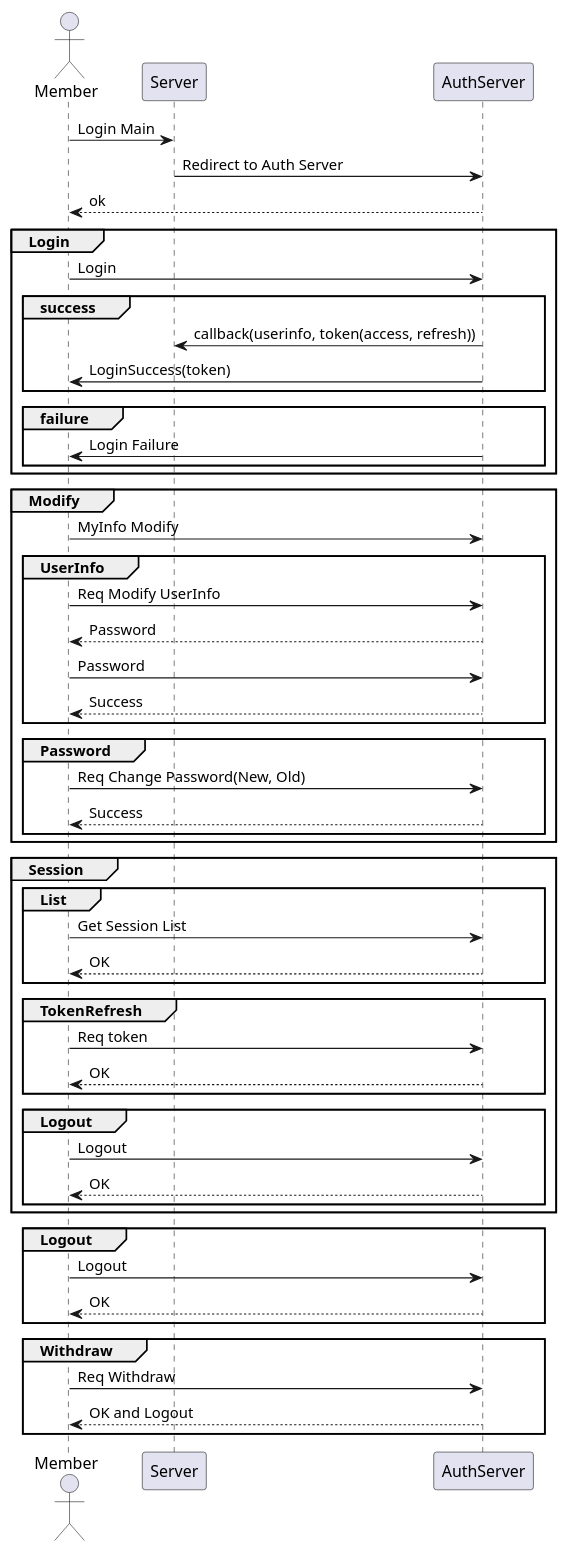
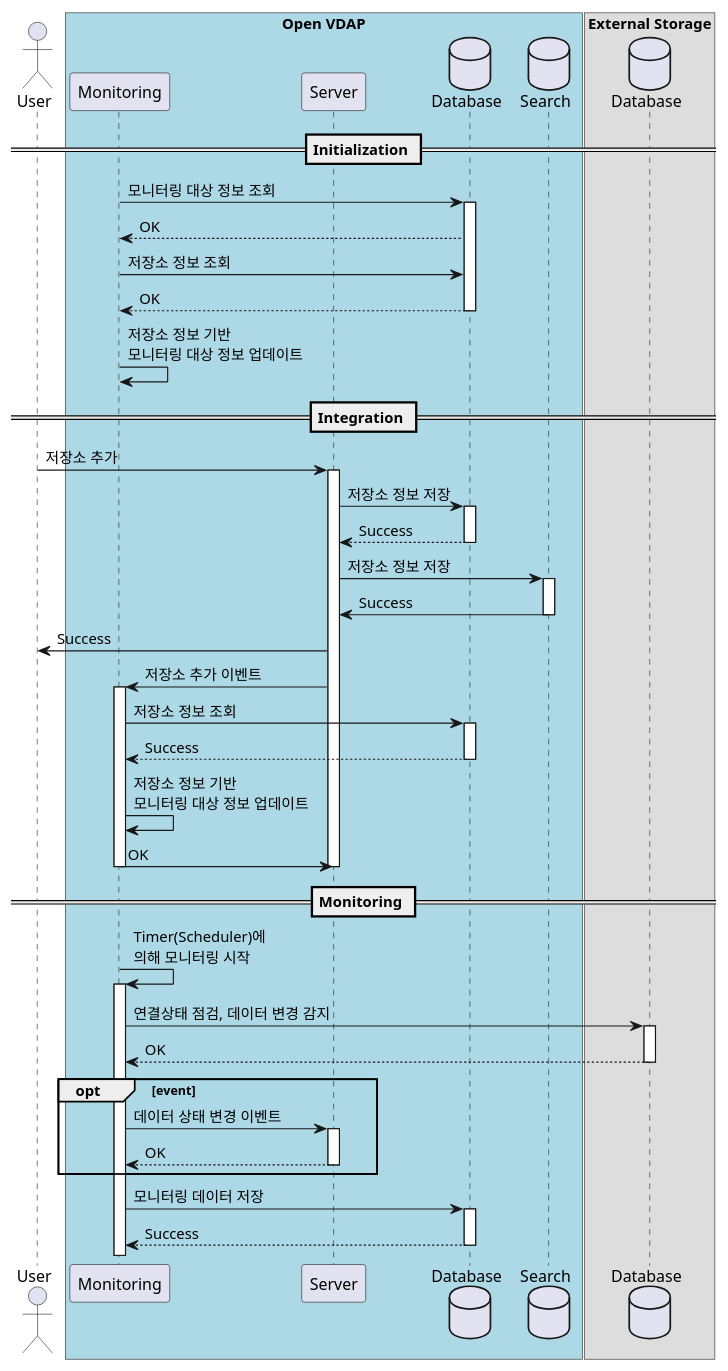
One commit to DataFabricTech/DataFabricPlatform changed the second of 5 diagrams in docs/arch/monitoring.md. Above: the diagram before and after it, drawn with PlantUML. The commit also changed other lines of this file and 7 other files, not shown here.

````diff
--- a/docs/arch/monitoring.md
+++ b/docs/arch/monitoring.md
@@ -92,56 +61,46 @@
 ```plantuml
 @startuml
-actor Member as member
+actor User as user
+box "Open VDAP" #LightBlue
+participant Monitoring as monitoring
 participant Server as server
-participant AuthServer as auth_server
-member -> server : Login Main
-server -> auth_server : Redirect to Auth Server
-member <-- auth_server : ok
-group Login
-    member -> auth_server: Login
-    group success
-        server <- auth_server: callback(userinfo, token(access, refresh))
-        member <- auth_server : LoginSuccess(token)
-    end
-    group failure
-        member <- auth_server : Login Failure
-    end
+database Database as database
+database Search as search
+end box
+box "External Storage"
+database Database as external_storage
+end box
+
+== Initialization ==
+monitoring -> database ++ : 모니터링 대상 정보 조회  
+monitoring <-- database : OK
+monitoring -> database : 저장소 정보 조회  
+monitoring <-- database --: OK
+monitoring -> monitoring : 저장소 정보 기반\n모니터링 대상 정보 업데이트
+
+== Integration ==
+user -> server ++ : 저장소 추가
+server -> database ++ : 저장소 정보 저장
+server <-- database --: Success
+server -> search ++ : 저장소 정보 저장
+server <- search -- : Success
+user <- server : Success
+monitoring <- server ++ : 저장소 추가 이벤트  
+monitoring -> database ++: 저장소 정보 조회  
+monitoring <-- database --: Success
+monitoring -> monitoring : 저장소 정보 기반\n모니터링 대상 정보 업데이트
+monitoring -> server -- : OK
+server --
+
+== Monitoring ==
+monitoring -> monitoring ++ : Timer(Scheduler)에\n의해 모니터링 시작
+monitoring -> external_storage ++ : 연결상태 점검, 데이터 변경 감지
+monitoring <-- external_storage -- : OK
+opt event
+monitoring -> server ++ : 데이터 상태 변경 이벤트
+monitoring <-- server -- : OK
 end
-
-group Modify
-    member -> auth_server: MyInfo Modify
-    group UserInfo
-        member -> auth_server: Req Modify UserInfo
-        member <-- auth_server: Password
-        member -> auth_server: Password
-        member <-- auth_server: Success
-    end
-    group Password
-        member -> auth_server: Req Change Password(New, Old)
-        member <-- auth_server: Success
-    end
-end
-group Session
-    group List
-        member -> auth_server: Get Session List
-        member <-- auth_server: OK
-    end
-    group TokenRefresh
-        member -> auth_server: Req token
-        member <-- auth_server: OK
-    end
-    group Logout
-        member -> auth_server: Logout
-        member <-- auth_server: OK
-    end
-end
-group Logout
-    member -> auth_server: Logout
-    member <-- auth_server: OK
-end
-group Withdraw
-    member -> auth_server: Req Withdraw
-    member <-- auth_server: OK and Logout
-end
+monitoring -> database ++: 모니터링 데이터 저장
+monitoring <-- database --: Success
 @enduml
 ```
````
